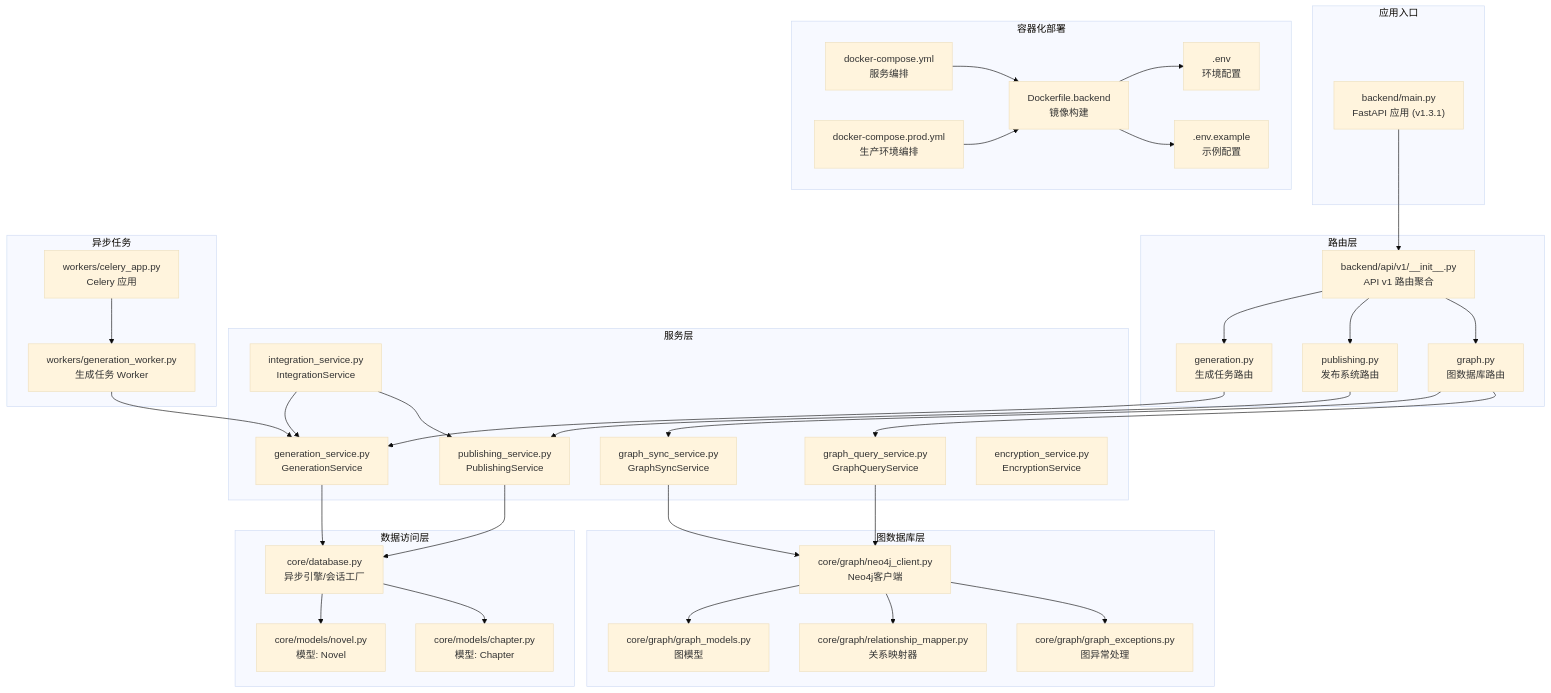
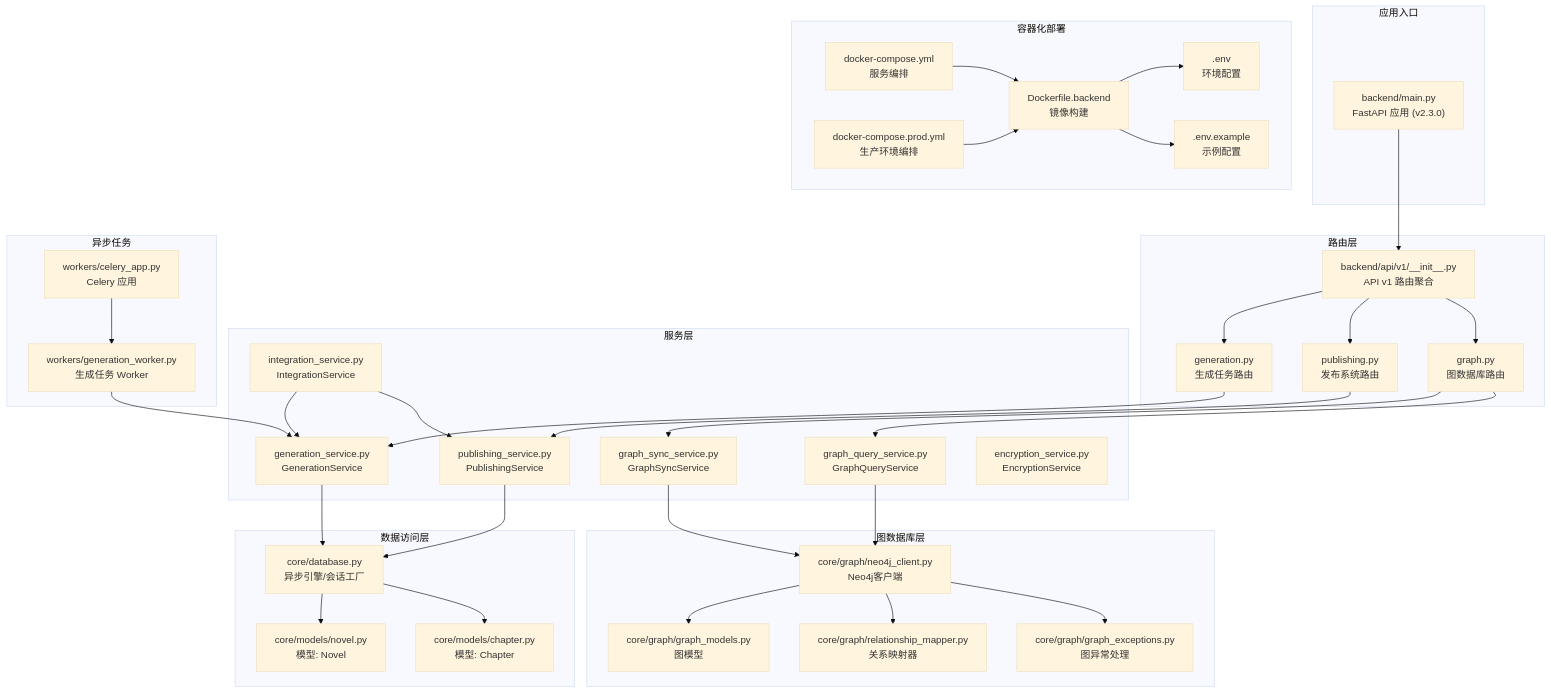
One commit to xfbyxq/ai-novel-system changed the first of 13 diagrams in .qoder/repowiki/zh/content/后端架构/后端架构.md. Above: the diagram before and after it, drawn with Mermaid (base theme). The commit also changed other lines of this file and 11 other files, not shown here.

````diff
--- a/.qoder/repowiki/zh/content/后端架构/后端架构.md
+++ b/.qoder/repowiki/zh/content/后端架构/后端架构.md
@@ -68,67 +72,67 @@
 ```mermaid
 graph TB
 subgraph "应用入口"
-M["backend/main.py<br/>FastAPI 应用 (v1.3.1)"]
+M["backend/main.py<br/>FastAPI 应用 (v2.3.0)"]
 end
 subgraph "路由层"
 R["backend/api/v1/__init__.py<br/>API v1 路由聚合"]
 G["generation.py<br/>生成任务路由"]
 P["publishing.py<br/>发布系统路由"]
 GR["graph.py<br/>图数据库路由"]
 end
 subgraph "服务层"
 SGen["generation_service.py<br/>GenerationService"]
 SPub["publishing_service.py<br/>PublishingService"]
 SInt["integration_service.py<br/>IntegrationService"]
 SGraphSync["graph_sync_service.py<br/>GraphSyncService"]
 SGraphQuery["graph_query_service.py<br/>GraphQueryService"]
 SEnc["encryption_service.py<br/>EncryptionService"]
 end
 subgraph "数据访问层"
 DB["core/database.py<br/>异步引擎/会话工厂"]
 MDN["core/models/novel.py<br/>模型: Novel"]
 MDC["core/models/chapter.py<br/>模型: Chapter"]
 end
 subgraph "图数据库层"
 NG["core/graph/neo4j_client.py<br/>Neo4j客户端"]
 GM["core/graph/graph_models.py<br/>图模型"]
 RM["core/graph/relationship_mapper.py<br/>关系映射器"]
 GE["core/graph/graph_exceptions.py<br/>图异常处理"]
 end
 subgraph "异步任务"
 CA["workers/celery_app.py<br/>Celery 应用"]
 CW["workers/generation_worker.py<br/>生成任务 Worker"]
 end
 subgraph "容器化部署"
 DC["docker-compose.yml<br/>服务编排"]
 DCP["docker-compose.prod.yml<br/>生产环境编排"]
 DF["Dockerfile.backend<br/>镜像构建"]
 ENV[".env<br/>环境配置"]
 ENVS[".env.example<br/>示例配置"]
 end
 M --> R
 R --> G
 R --> P
 R --> GR
 G --> SGen
 P --> SPub
 GR --> SGraphSync
 GR --> SGraphQuery
 SInt --> SGen
 SInt --> SPub
 SGen --> DB
 SPub --> DB
 SGraphSync --> NG
 SGraphQuery --> NG
 NG --> GM
 NG --> RM
 NG --> GE
 DB --> MDN
 DB --> MDC
 CA --> CW
 CW --> SGen
 DC --> DF
 DCP --> DF
 DF --> ENV
 DF --> ENVS
 ```
````
